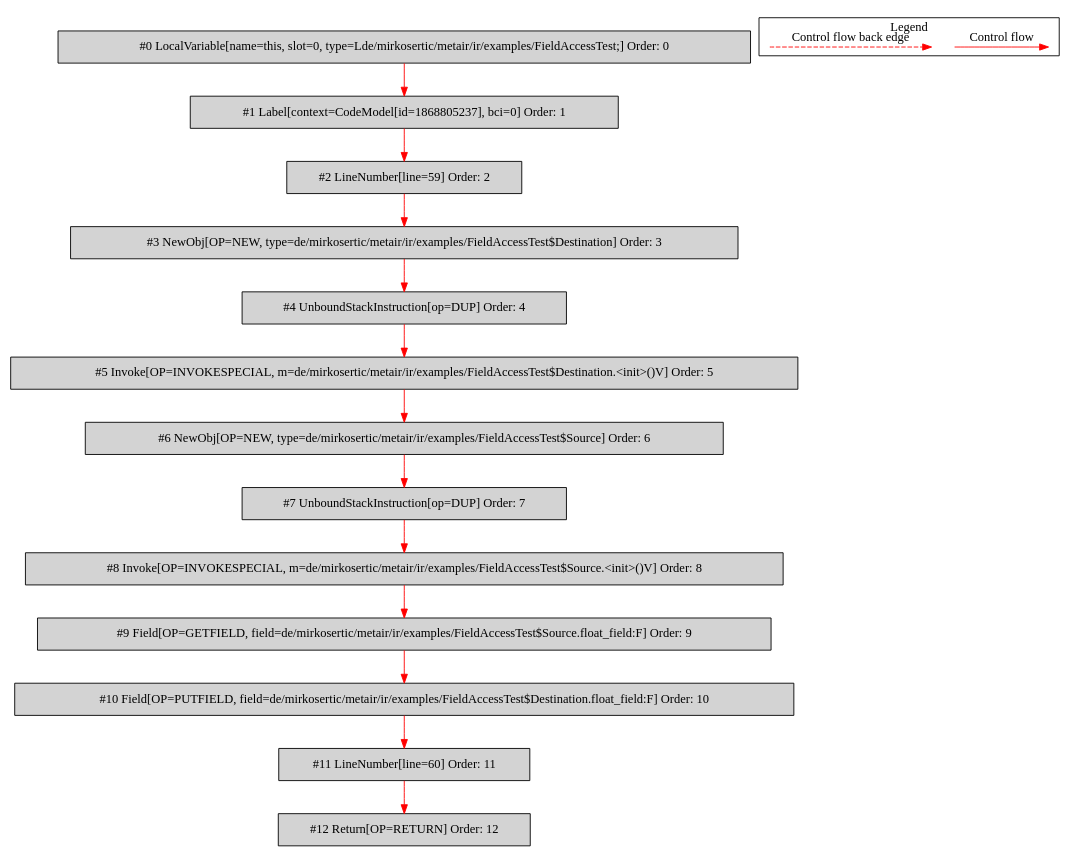
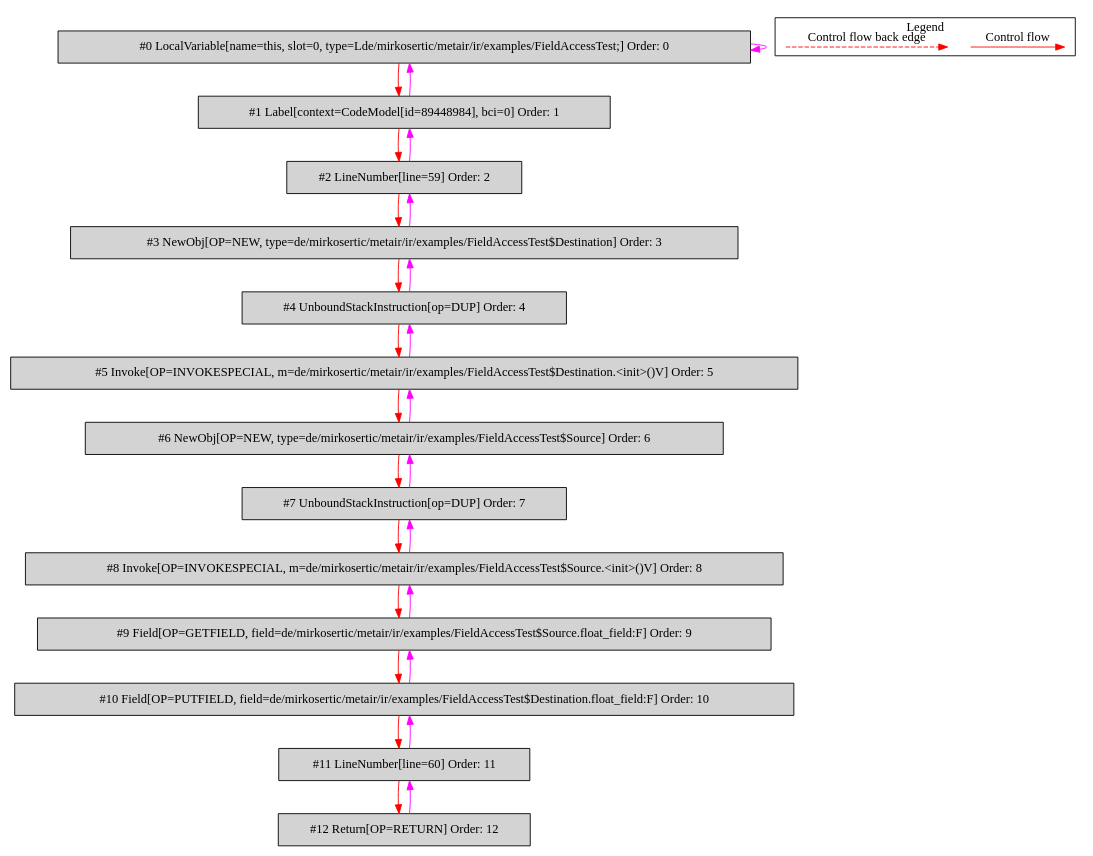
The diagram in de.mirkosertic.metair.ir.examples.FieldAccessTest/copy_float/bytecodecfg.dot (mirkosertic/MetaIR), drawn with Graphviz before and after one commit. The commit also changed 1685 other files, not shown here.

```diff
--- a/de.mirkosertic.metair.ir.examples.FieldAccessTest/copy_float/bytecodecfg.dot
+++ b/de.mirkosertic.metair.ir.examples.FieldAccessTest/copy_float/bytecodecfg.dot
@@ -1,42 +1,55 @@
 digraph {
  ordering="in";
  node0[label="#0 LocalVariable[name=this, slot=0, type=Lde/mirkosertic/metair/ir/examples/FieldAccessTest;] Order: 0", shape=box, fillcolor=lightgrey, style=filled];
- node1[label="#1 Label[context=CodeModel[id=1868805237], bci=0] Order: 1", shape=box, fillcolor=lightgrey, style=filled];
+ node1[label="#1 Label[context=CodeModel[id=89448984], bci=0] Order: 1", shape=box, fillcolor=lightgrey, style=filled];
  node2[label="#2 LineNumber[line=59] Order: 2", shape=box, fillcolor=lightgrey, style=filled];
  node3[label="#3 NewObj[OP=NEW, type=de/mirkosertic/metair/ir/examples/FieldAccessTest$Destination] Order: 3", shape=box, fillcolor=lightgrey, style=filled];
  node4[label="#4 UnboundStackInstruction[op=DUP] Order: 4", shape=box, fillcolor=lightgrey, style=filled];
  node5[label="#5 Invoke[OP=INVOKESPECIAL, m=de/mirkosertic/metair/ir/examples/FieldAccessTest$Destination.<init>()V] Order: 5", shape=box, fillcolor=lightgrey, style=filled];
  node6[label="#6 NewObj[OP=NEW, type=de/mirkosertic/metair/ir/examples/FieldAccessTest$Source] Order: 6", shape=box, fillcolor=lightgrey, style=filled];
  node7[label="#7 UnboundStackInstruction[op=DUP] Order: 7", shape=box, fillcolor=lightgrey, style=filled];
  node8[label="#8 Invoke[OP=INVOKESPECIAL, m=de/mirkosertic/metair/ir/examples/FieldAccessTest$Source.<init>()V] Order: 8", shape=box, fillcolor=lightgrey, style=filled];
  node9[label="#9 Field[OP=GETFIELD, field=de/mirkosertic/metair/ir/examples/FieldAccessTest$Source.float_field:F] Order: 9", shape=box, fillcolor=lightgrey, style=filled];
  node10[label="#10 Field[OP=PUTFIELD, field=de/mirkosertic/metair/ir/examples/FieldAccessTest$Destination.float_field:F] Order: 10", shape=box, fillcolor=lightgrey, style=filled];
  node11[label="#11 LineNumber[line=60] Order: 11", shape=box, fillcolor=lightgrey, style=filled];
  node12[label="#12 Return[OP=RETURN] Order: 12", shape=box, fillcolor=lightgrey, style=filled];
+ node0 -> node0[color=fuchsia];
  node0 -> node1[color=red];
+ node1 -> node0[color=fuchsia];
  node1 -> node2[color=red];
+ node2 -> node1[color=fuchsia];
  node2 -> node3[color=red];
+ node3 -> node2[color=fuchsia];
  node3 -> node4[color=red];
+ node4 -> node3[color=fuchsia];
  node4 -> node5[color=red];
+ node5 -> node4[color=fuchsia];
  node5 -> node6[color=red];
+ node6 -> node5[color=fuchsia];
  node6 -> node7[color=red];
+ node7 -> node6[color=fuchsia];
  node7 -> node8[color=red];
+ node8 -> node7[color=fuchsia];
  node8 -> node9[color=red];
+ node9 -> node8[color=fuchsia];
  node9 -> node10[color=red];
+ node10 -> node9[color=fuchsia];
  node10 -> node11[color=red];
+ node11 -> node10[color=fuchsia];
  node11 -> node12[color=red];
+ node12 -> node11[color=fuchsia];
  subgraph cluster_000 {
   label = "Legend";
   node [shape=point]
   {
    rank=same;
    c0 [style = invis];
    c1 [style = invis];
    c2 [style = invis];
    c3 [style = invis];
   }
   c0 -> c1 [label="Control flow", style=solid, color=red]
   c2 -> c3 [label="Control flow back edge", style=dashed, color=red]
  }
 
 }
```
